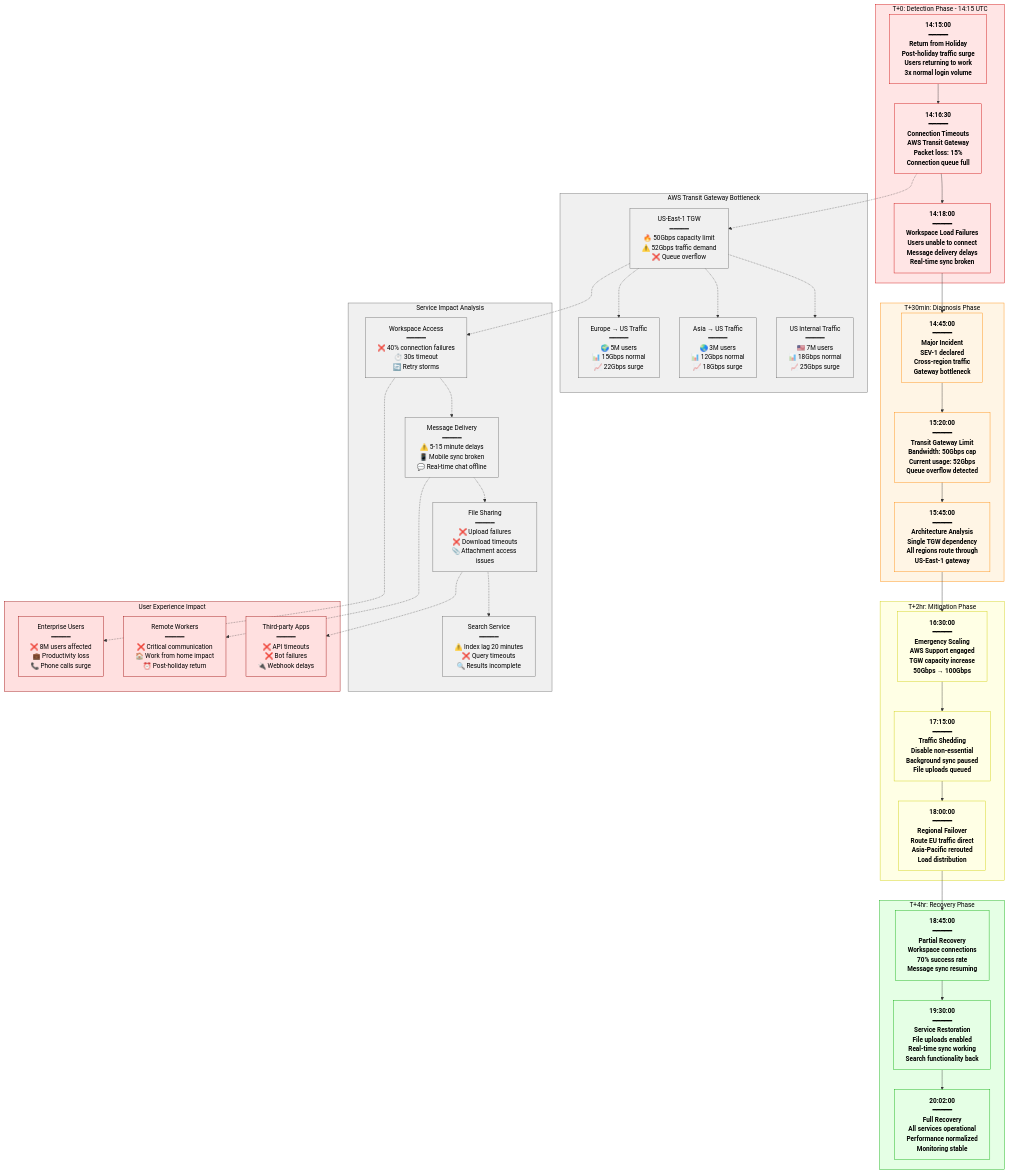
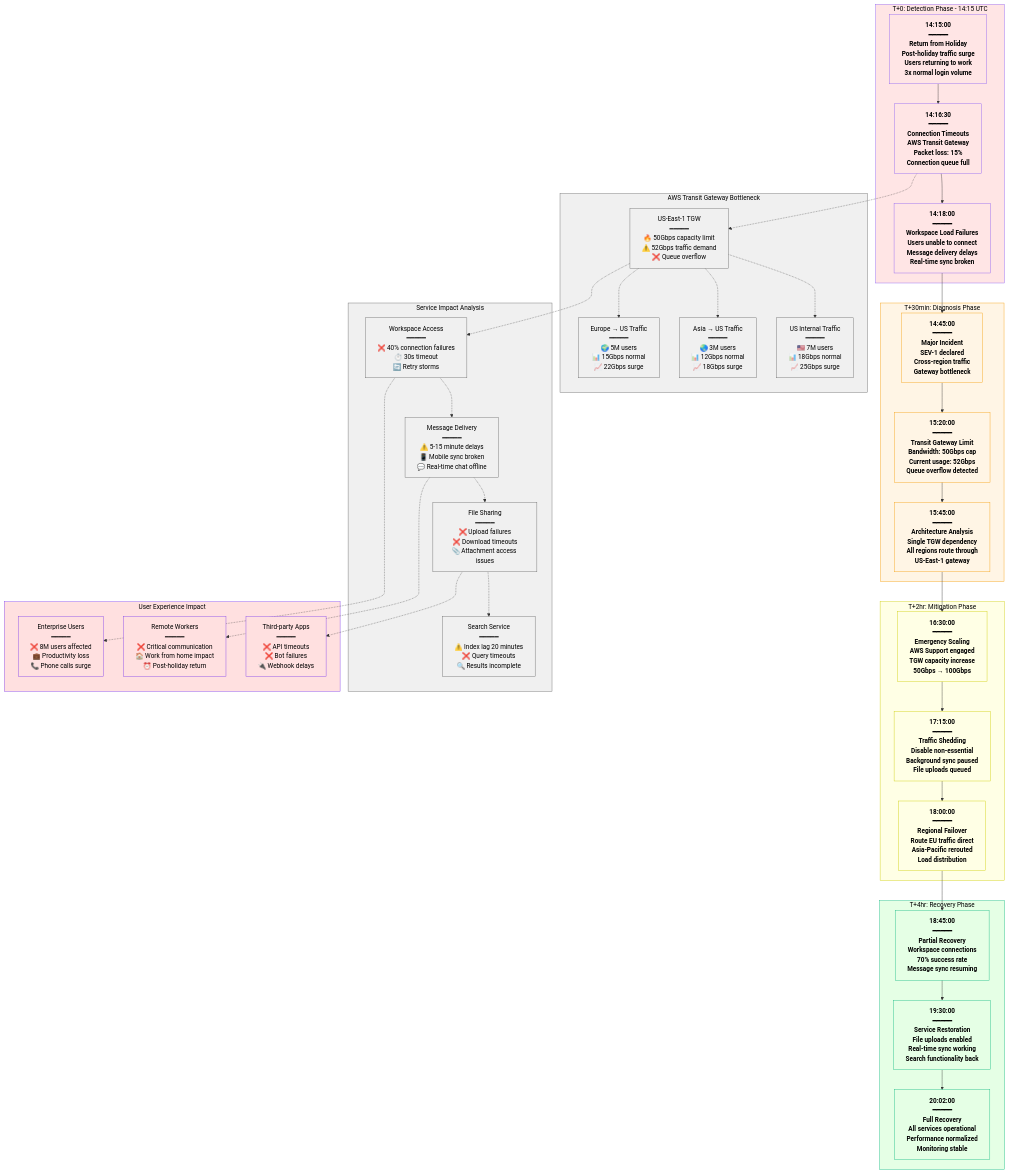
The first of 3 diagrams in site/docs/incidents/slack-2022.md (deepaucksharma/DS), drawn with Mermaid before and after one commit. The commit also changed other lines of this file and 303 other files, not shown here.

````diff
--- a/site/docs/incidents/slack-2022.md
+++ b/site/docs/incidents/slack-2022.md
@@ -18,7 +18,7 @@
 ```mermaid
 graph TB
     subgraph Detection["T+0: Detection Phase - 14:15 UTC"]
-        style Detection fill:#FFE5E5,stroke:#CC0000,color:#000
+        style Detection fill:#FFE5E5,stroke:#8B5CF6,color:#000
 
         Start["14:15:00<br/>━━━━━<br/>Return from Holiday<br/>Post-holiday traffic surge<br/>Users returning to work<br/>3x normal login volume"]
 
@@ -28,7 +28,7 @@
     end
 
     subgraph Diagnosis["T+30min: Diagnosis Phase"]
-        style Diagnosis fill:#FFF5E5,stroke:#FF8800,color:#000
+        style Diagnosis fill:#FFF5E5,stroke:#F59E0B,color:#000
 
         Incident["14:45:00<br/>━━━━━<br/>Major Incident<br/>SEV-1 declared<br/>Cross-region traffic<br/>Gateway bottleneck"]
 
@@ -48,7 +48,7 @@
     end
 
     subgraph Recovery["T+4hr: Recovery Phase"]
-        style Recovery fill:#E5FFE5,stroke:#00AA00,color:#000
+        style Recovery fill:#E5FFE5,stroke:#10B981,color:#000
 
         Partial["18:45:00<br/>━━━━━<br/>Partial Recovery<br/>Workspace connections<br/>70% success rate<br/>Message sync resuming"]
 
@@ -85,7 +85,7 @@
 
     %% User Experience Impact
     subgraph UserImpact["User Experience Impact"]
-        style UserImpact fill:#FFE0E0,stroke:#990000,color:#000
+        style UserImpact fill:#FFE0E0,stroke:#7C3AED,color:#000
 
         EnterpriseUsers["Enterprise Users<br/>━━━━━<br/>❌ 8M users affected<br/>💼 Productivity loss<br/>📞 Phone calls surge"]
 
@@ -121,13 +121,13 @@
     FileSharing -.-> Integrations
 
     %% Apply timeline colors
-    classDef detectStyle fill:#FFE5E5,stroke:#CC0000,color:#000,font-weight:bold
-    classDef diagnoseStyle fill:#FFF5E5,stroke:#FF8800,color:#000,font-weight:bold
+    classDef detectStyle fill:#FFE5E5,stroke:#8B5CF6,color:#000,font-weight:bold
+    classDef diagnoseStyle fill:#FFF5E5,stroke:#F59E0B,color:#000,font-weight:bold
     classDef mitigateStyle fill:#FFFFE5,stroke:#CCCC00,color:#000,font-weight:bold
-    classDef recoverStyle fill:#E5FFE5,stroke:#00AA00,color:#000,font-weight:bold
+    classDef recoverStyle fill:#E5FFE5,stroke:#10B981,color:#000,font-weight:bold
     classDef tgwStyle fill:#F0F0F0,stroke:#666666,color:#000
     classDef serviceStyle fill:#F0F0F0,stroke:#666666,color:#000
-    classDef userStyle fill:#FFE0E0,stroke:#990000,color:#000
+    classDef userStyle fill:#FFE0E0,stroke:#7C3AED,color:#000
 
     class Start,Alert1,Alert2 detectStyle
     class Incident,RootCause,Architecture diagnoseStyle
````
